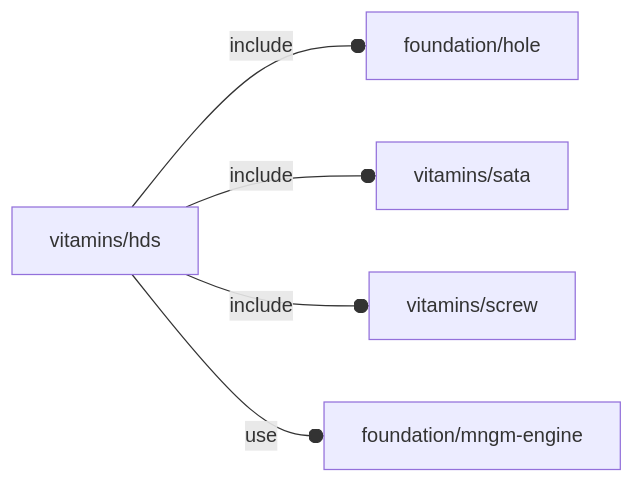
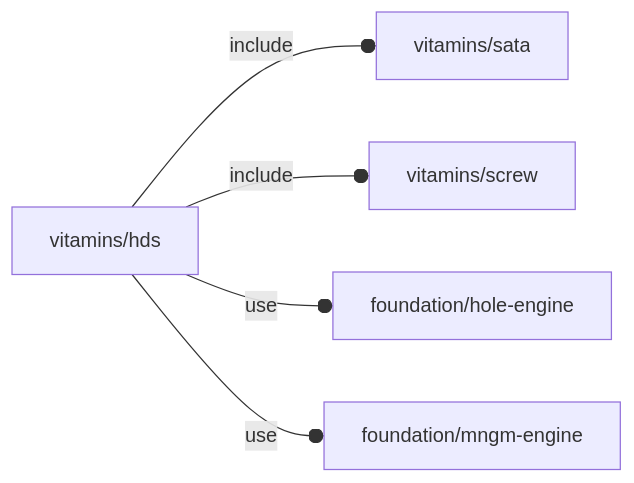
One commit to ggabbiani/OFL changed the diagram in orthodocs/vitamins/hds.md. Above: the diagram before and after it, drawn with Mermaid. The commit also changed other lines of this file and 17 other files, not shown here.

````diff
--- a/orthodocs/vitamins/hds.md
+++ b/orthodocs/vitamins/hds.md
@@ -5,7 +5,7 @@
 ```mermaid
 graph LR
-    A1[vitamins/hds] --o|include| A2[foundation/hole]
-    A1 --o|include| A3[vitamins/sata]
-    A1 --o|include| A4[vitamins/screw]
+    A1[vitamins/hds] --o|include| A2[vitamins/sata]
+    A1 --o|include| A3[vitamins/screw]
+    A1 --o|use| A4[foundation/hole-engine]
     A1 --o|use| A5[foundation/mngm-engine]
 ```
````
